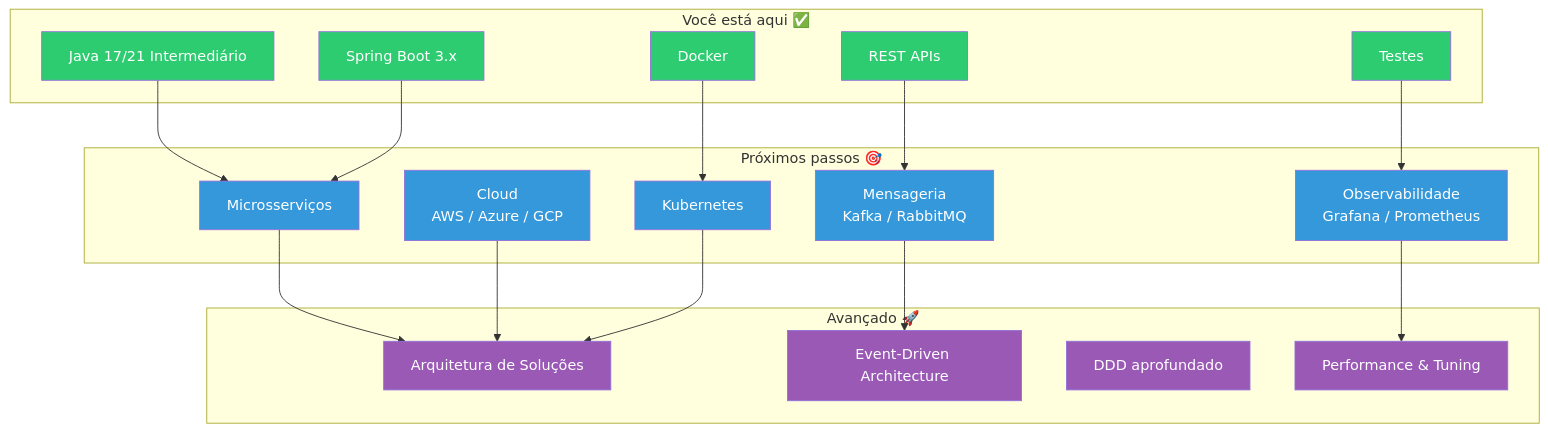
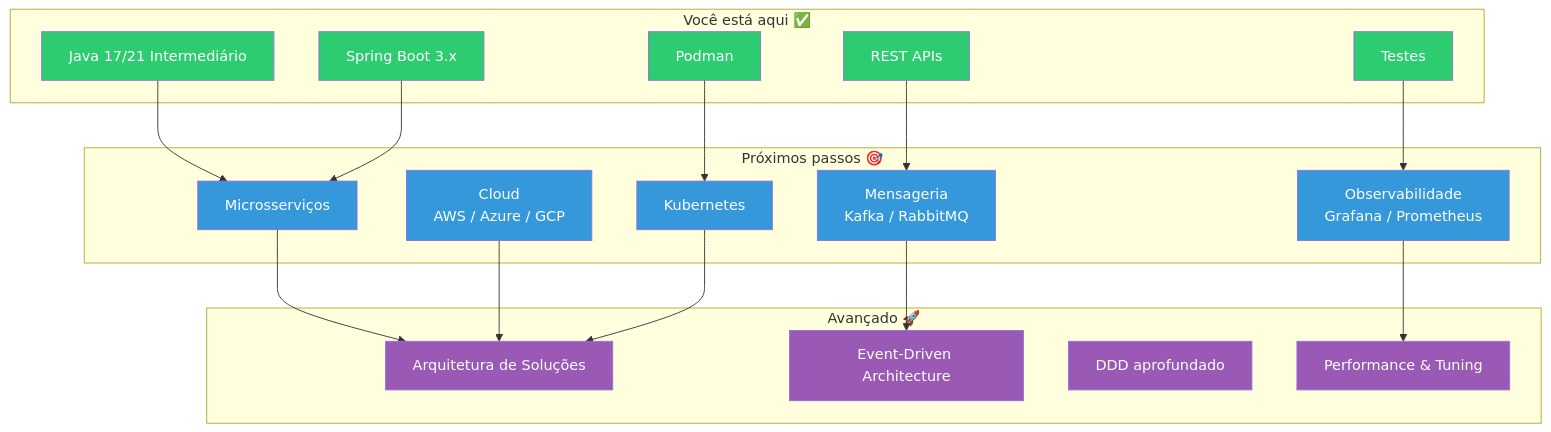
The first of 2 diagrams in dia-09/slide-07.md (deusemarjunior/trein-java-intermed), drawn with Mermaid before and after one commit. The commit also changed 100 other files, not shown here.

Commit message:
removendo docker adicionando podman

````diff
--- a/dia-09/slide-07.md
+++ b/dia-09/slide-07.md
@@ -9,51 +9,51 @@
 ```mermaid
 graph TD
     subgraph "Você está aqui ✅"
         A["Java 17/21 Intermediário"]
         B["Spring Boot 3.x"]
         C["REST APIs"]
         D["Testes"]
-        E["Docker"]
+        E["Podman"]
     end
 
     subgraph "Próximos passos 🎯"
         F["Microsserviços"]
         G["Mensageria<br/>Kafka / RabbitMQ"]
         H["Cloud<br/>AWS / Azure / GCP"]
         I["Kubernetes"]
         J["Observabilidade<br/>Grafana / Prometheus"]
     end
 
     subgraph "Avançado 🚀"
         K["Arquitetura de Soluções"]
         L["Event-Driven Architecture"]
         M["DDD aprofundado"]
         N["Performance & Tuning"]
     end
 
     A --> F
     B --> F
     C --> G
     D --> J
     E --> I
     F --> K
     G --> L
     H --> K
     I --> K
     J --> N
 
     style A fill:#2ecc71,color:#fff
     style B fill:#2ecc71,color:#fff
     style C fill:#2ecc71,color:#fff
     style D fill:#2ecc71,color:#fff
     style E fill:#2ecc71,color:#fff
     style F fill:#3498db,color:#fff
     style G fill:#3498db,color:#fff
     style H fill:#3498db,color:#fff
     style I fill:#3498db,color:#fff
     style J fill:#3498db,color:#fff
     style K fill:#9b59b6,color:#fff
     style L fill:#9b59b6,color:#fff
     style M fill:#9b59b6,color:#fff
     style N fill:#9b59b6,color:#fff
 ```
````
